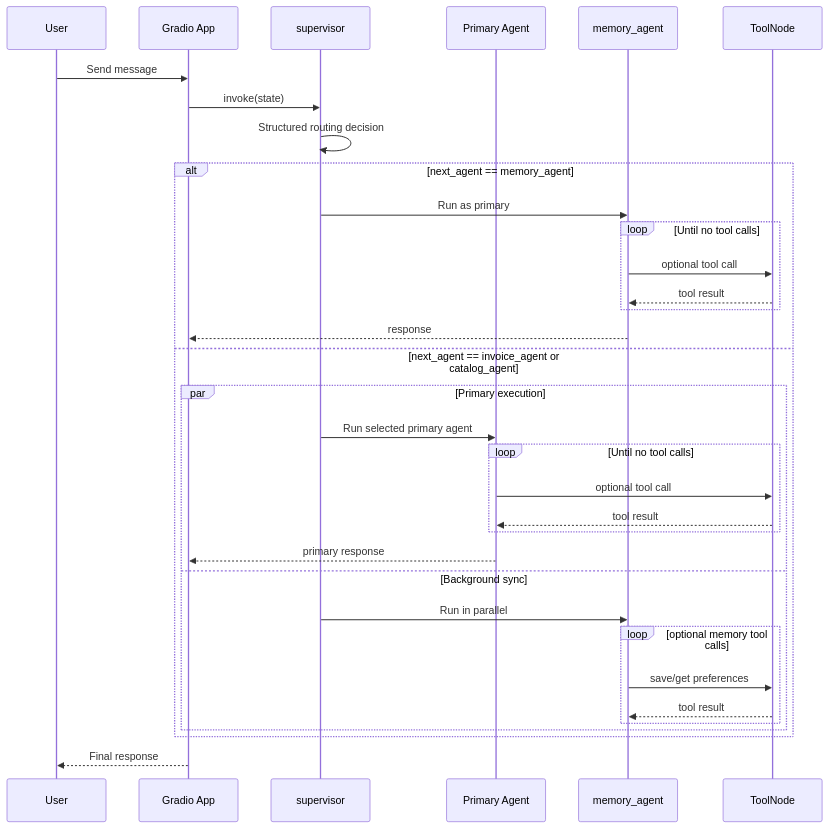
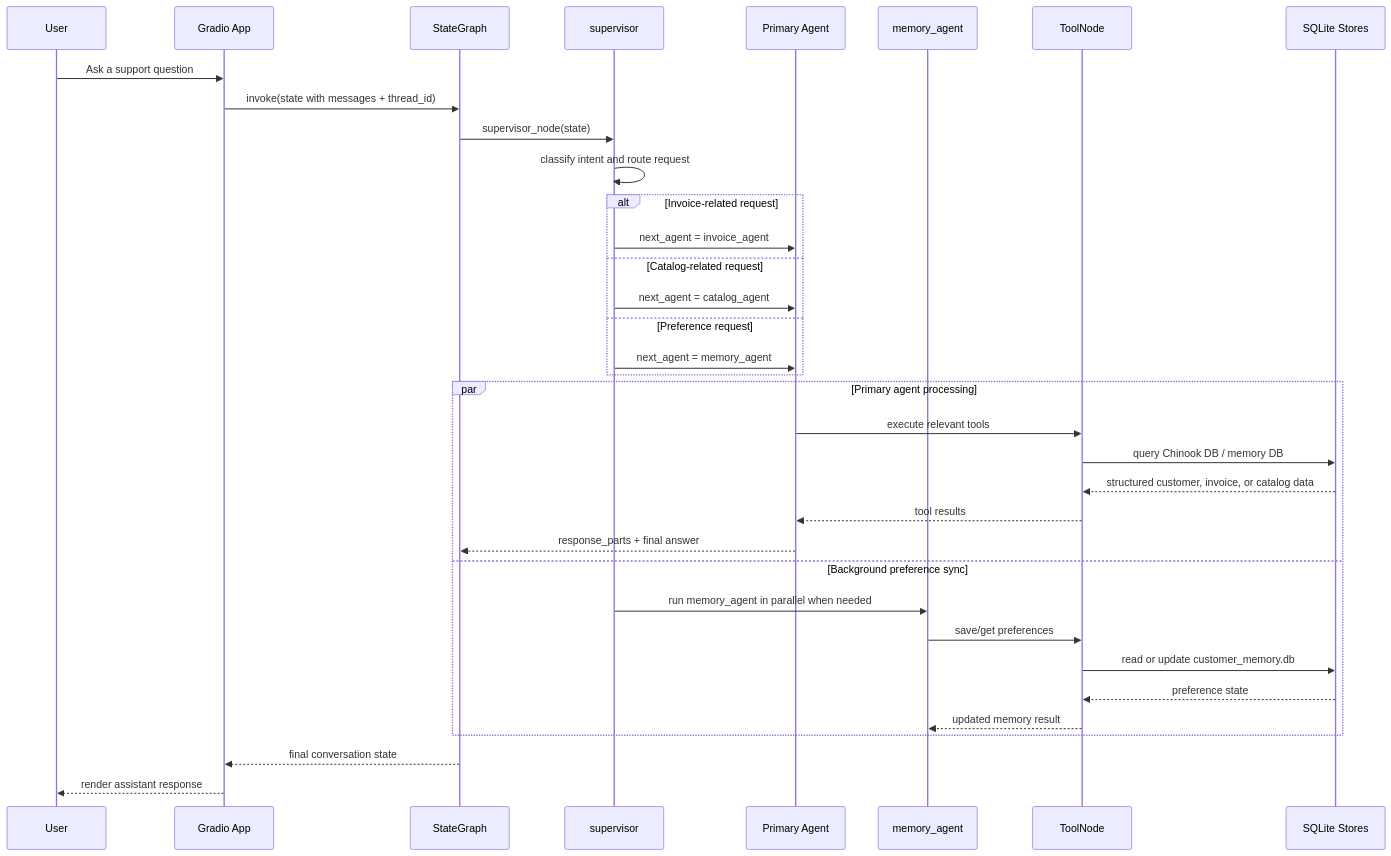
One commit to kansaram/chinook-customer-support-agent changed the second of 2 diagrams in README.md. Above: the diagram before and after it, drawn with Mermaid. The commit also changed other lines of this file, not shown here.

Commit message:
ReadMe file

````diff
--- a/README.md
+++ b/README.md
@@ -34,39 +38,41 @@
 ```mermaid
 sequenceDiagram
-	participant User
-	participant App as Gradio App
-	participant Sup as supervisor
-	participant Prim as Primary Agent
-	participant Mem as memory_agent
-	participant Tools as ToolNode
+    participant User
+    participant UI as Gradio App
+    participant Graph as StateGraph
+    participant Sup as supervisor
+    participant Prim as Primary Agent
+    participant Mem as memory_agent
+    participant ToolNode
+    participant DB as SQLite Stores
 
-	User->>App: Send message
-	App->>Sup: invoke(state)
-	Sup->>Sup: Structured routing decision
+    User->>UI: Ask a support question
+    UI->>Graph: invoke(state with messages + thread_id)
+    Graph->>Sup: supervisor_node(state)
+    Sup->>Sup: classify intent and route request
 
-	alt next_agent == memory_agent
-		Sup->>Mem: Run as primary
-		loop Until no tool calls
-			Mem->>Tools: optional tool call
-			Tools-->>Mem: tool result
-		end
-		Mem-->>App: response
-	else next_agent == invoice_agent or catalog_agent
-		par Primary execution
-			Sup->>Prim: Run selected primary agent
-			loop Until no tool calls
-				Prim->>Tools: optional tool call
-				Tools-->>Prim: tool result
-			end
-			Prim-->>App: primary response
-		and Background sync
-			Sup->>Mem: Run in parallel
-			loop optional memory tool calls
-				Mem->>Tools: save/get preferences
-				Tools-->>Mem: tool result
-			end
-		end
-	end
+    alt Invoice-related request
+        Sup->>Prim: next_agent = invoice_agent
+    else Catalog-related request
+        Sup->>Prim: next_agent = catalog_agent
+    else Preference request
+        Sup->>Prim: next_agent = memory_agent
+    end
 
-	App-->>User: Final response
+    par Primary agent processing
+        Prim->>ToolNode: execute relevant tools
+        ToolNode->>DB: query Chinook DB / memory DB
+        DB-->>ToolNode: structured customer, invoice, or catalog data
+        ToolNode-->>Prim: tool results
+        Prim-->>Graph: response_parts + final answer
+    and Background preference sync
+        Sup->>Mem: run memory_agent in parallel when needed
+        Mem->>ToolNode: save/get preferences
+        ToolNode->>DB: read or update customer_memory.db
+        DB-->>ToolNode: preference state
+        ToolNode-->>Mem: updated memory result
+    end
+
+    Graph-->>UI: final conversation state
+    UI-->>User: render assistant response
 ```
````
